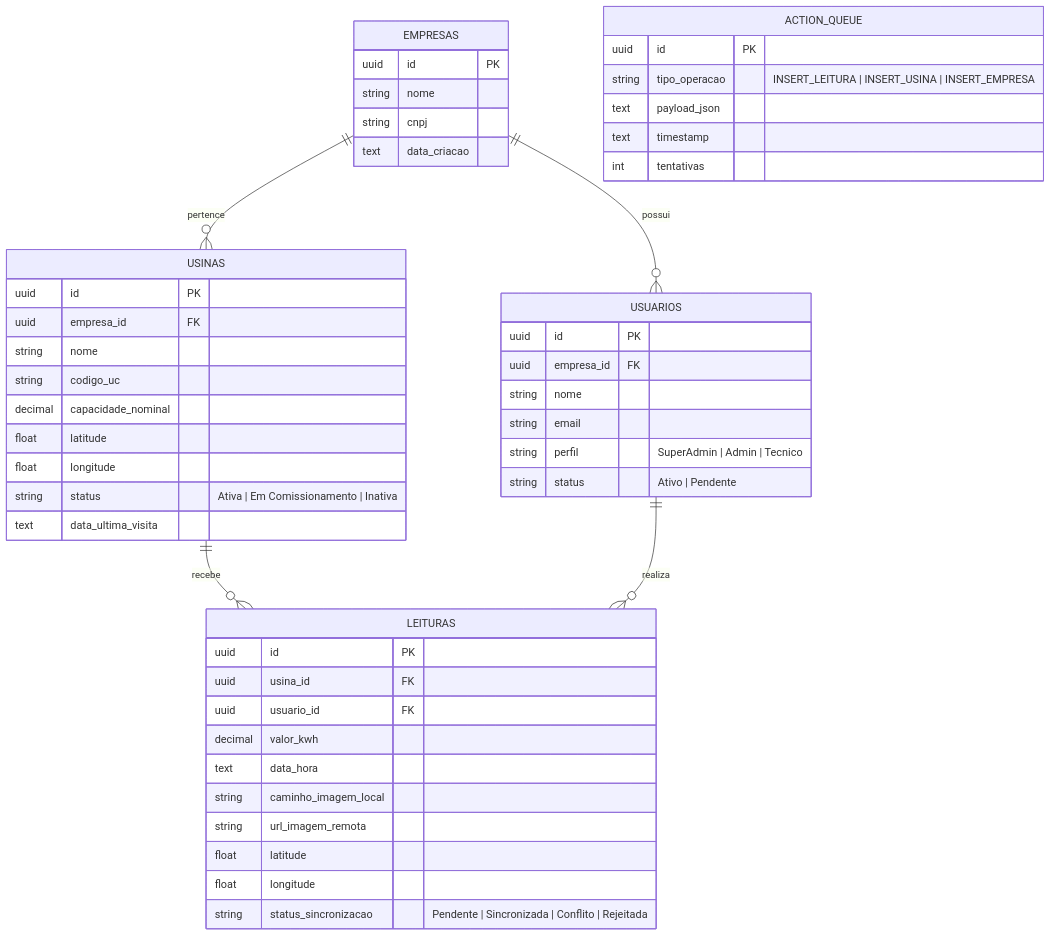
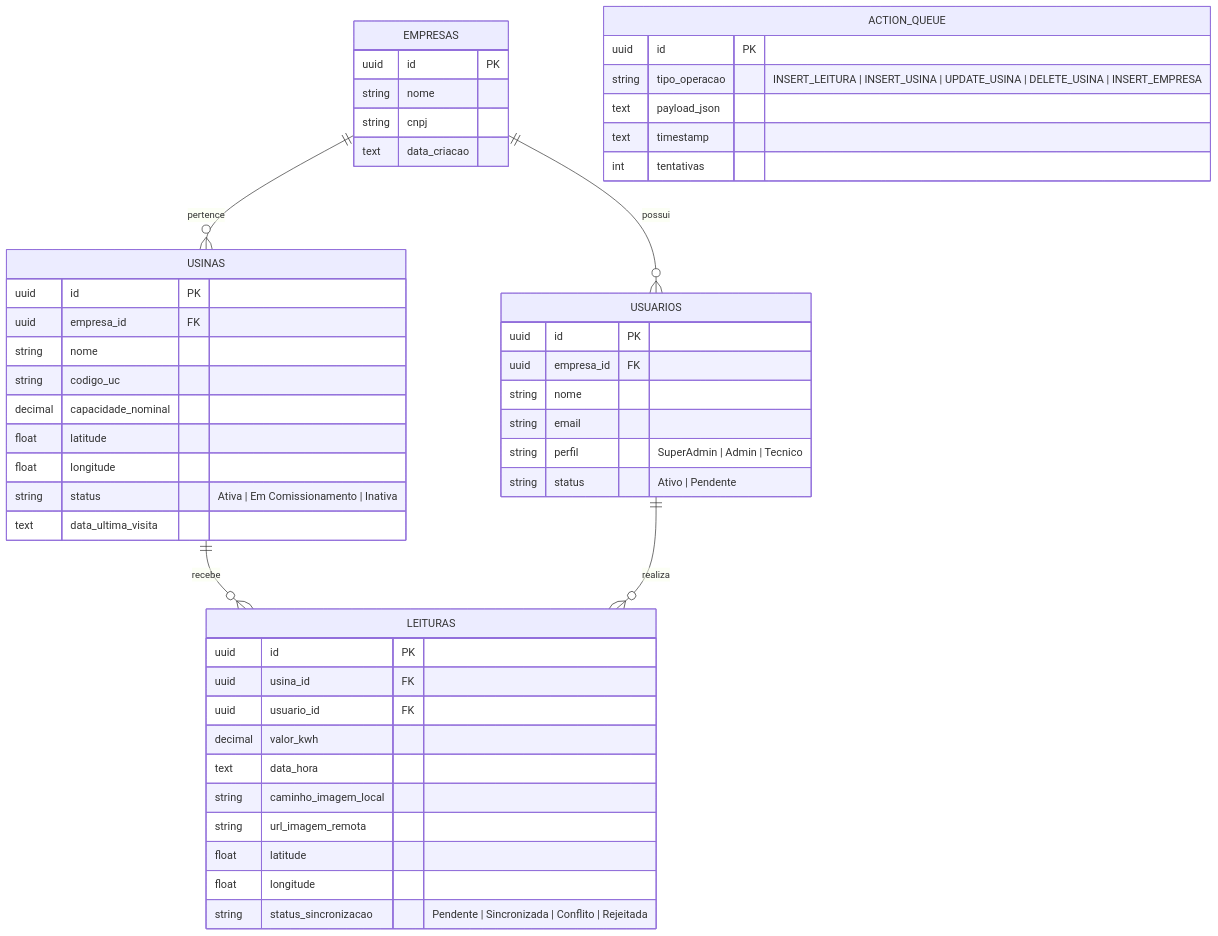
One commit to Julio-Net0/EquinoxSystemMobile changed the third of 10 diagrams in docs/documento-software.md. Above: the diagram before and after it, drawn with Mermaid. The commit also changed other lines of this file and 2 other files, not shown here.

````diff
--- a/docs/documento-software.md
+++ b/docs/documento-software.md
@@ -199,56 +208,56 @@
 ```mermaid
 erDiagram
     EMPRESAS ||--o{ USUARIOS : possui
     EMPRESAS ||--o{ USINAS : pertence
     USINAS ||--o{ LEITURAS : recebe
     USUARIOS ||--o{ LEITURAS : realiza
 
     EMPRESAS {
         uuid id PK
         string nome
         string cnpj
         text data_criacao
     }
 
     USUARIOS {
         uuid id PK
         uuid empresa_id FK
         string nome
         string email
         string perfil "SuperAdmin | Admin | Tecnico"
         string status "Ativo | Pendente"
     }
 
     USINAS {
         uuid id PK
         uuid empresa_id FK
         string nome
         string codigo_uc
         decimal capacidade_nominal
         float latitude
         float longitude
         string status "Ativa | Em Comissionamento | Inativa"
         text data_ultima_visita
     }
 
     LEITURAS {
         uuid id PK
         uuid usina_id FK
         uuid usuario_id FK
         decimal valor_kwh
         text data_hora
         string caminho_imagem_local
         string url_imagem_remota
         float latitude
         float longitude
         string status_sincronizacao "Pendente | Sincronizada | Conflito | Rejeitada"
     }
 
     ACTION_QUEUE {
         uuid id PK
-        string tipo_operacao "INSERT_LEITURA | INSERT_USINA | INSERT_EMPRESA"
+        string tipo_operacao "INSERT_LEITURA | INSERT_USINA | UPDATE_USINA | DELETE_USINA | INSERT_EMPRESA"
         text payload_json
         text timestamp
         int tentativas
     }
 ```
````
